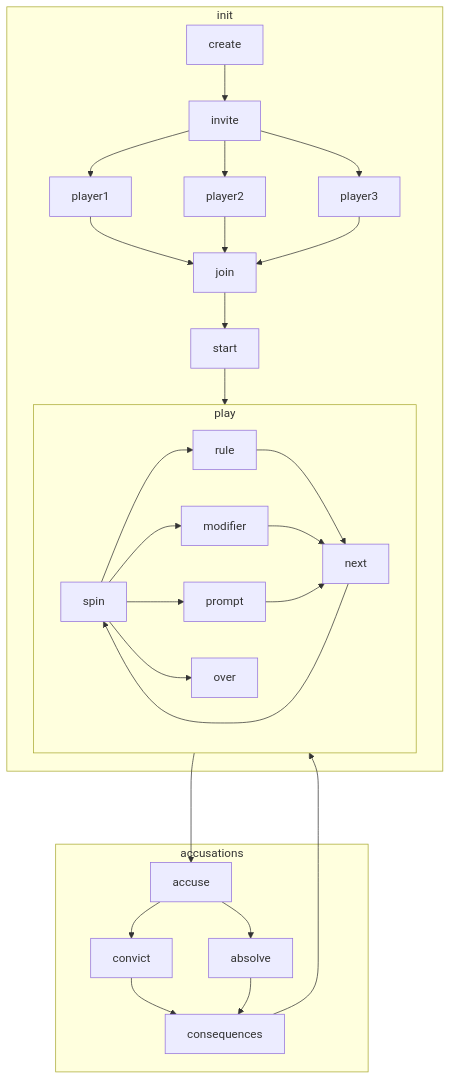
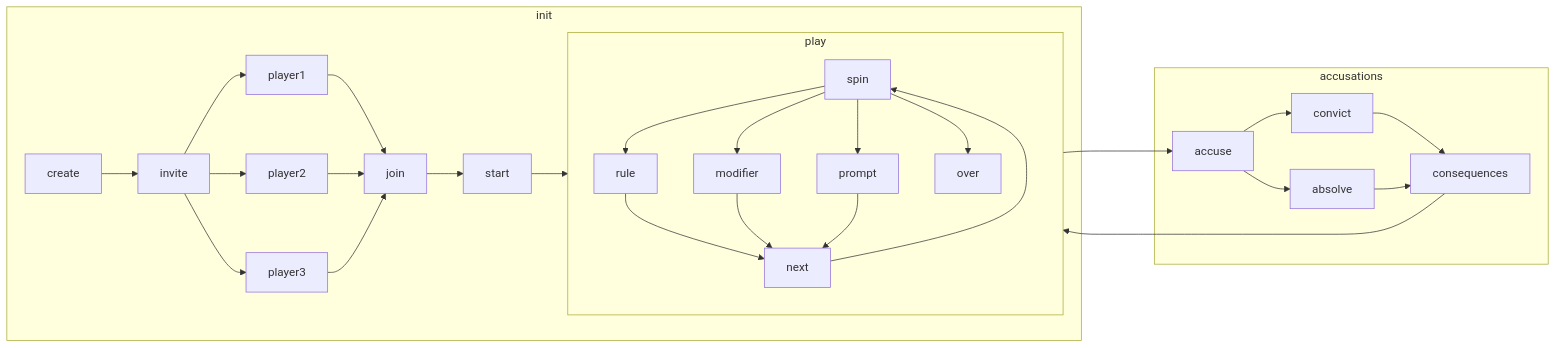
Before and after one commit to grackleclub/rulette: the first of 2 diagrams in README.md, drawn with Mermaid. The commit also changed other lines of this file, not shown here.

Commit message:
update diagrams and badge formatting

````diff
--- a/README.md
+++ b/README.md
@@ -8,28 +9,28 @@
 ```mermaid
-flowchart TD
+flowchart LR
   subgraph init
     create --> invite
     invite --> player1
     invite --> player2
     invite --> player3
     player1 --> join
     player2 --> join
     player3 --> join
     join --> start
     start --> play
   end
   spin
   subgraph play
     spin --> rule --> next
     spin --> modifier --> next
     spin --> prompt --> next
     spin --> over
     next --> spin
   end
   play ---> accuse
   subgraph accusations
     accuse --> convict --> consequences
  accuse --> absolve --> consequences
   end
   consequences ---> play
 ```
````
